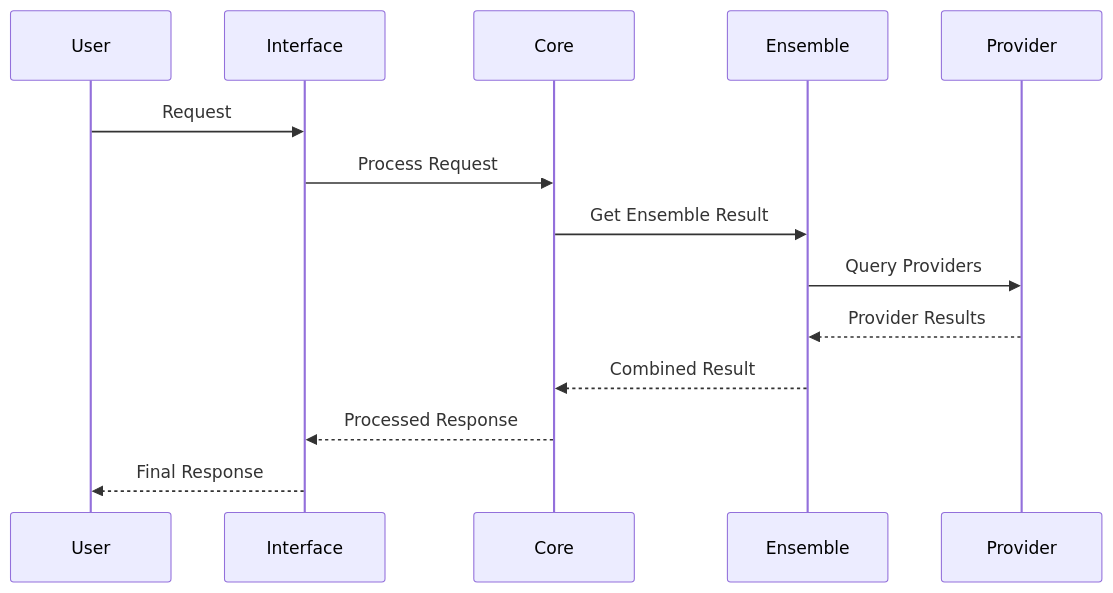
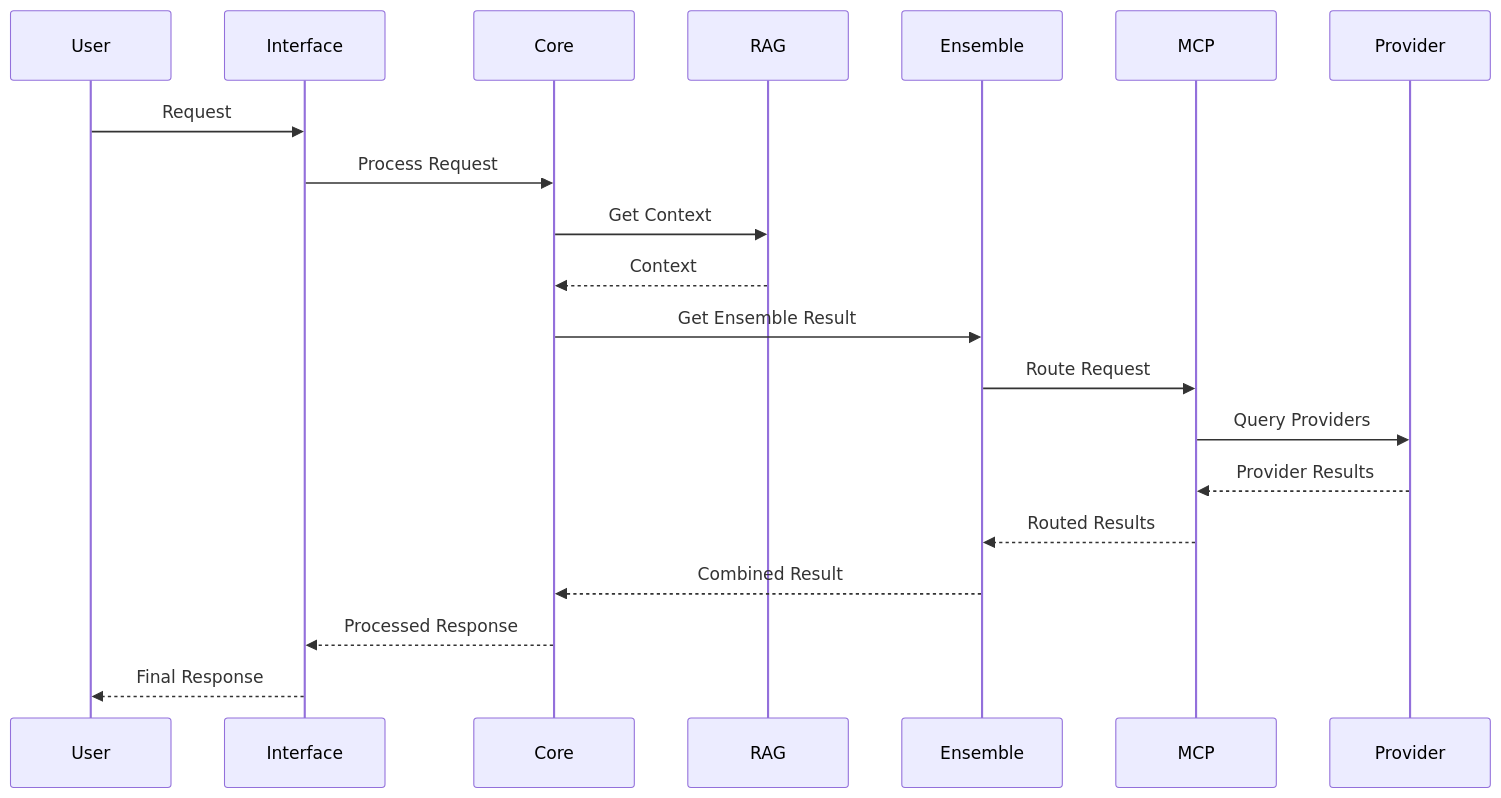
Before and after one commit to multimindlab/multimind-sdk: diagram 12 of 15 in docs/architecture.md, drawn with Mermaid. The commit also changed other lines of this file, not shown here.

Commit message:
architecture details updated

````diff
--- a/docs/architecture.md
+++ b/docs/architecture.md
@@ -258,17 +583,23 @@
 ```mermaid
 sequenceDiagram
     participant User
     participant Interface
     participant Core
+    participant RAG
     participant Ensemble
+    participant MCP
     participant Provider
     
     User->>Interface: Request
     Interface->>Core: Process Request
+    Core->>RAG: Get Context
+    RAG-->>Core: Context
     Core->>Ensemble: Get Ensemble Result
-    Ensemble->>Provider: Query Providers
-    Provider-->>Ensemble: Provider Results
+    Ensemble->>MCP: Route Request
+    MCP->>Provider: Query Providers
+    Provider-->>MCP: Provider Results
+    MCP-->>Ensemble: Routed Results
     Ensemble-->>Core: Combined Result
     Core-->>Interface: Processed Response
     Interface-->>User: Final Response
 ```
````
